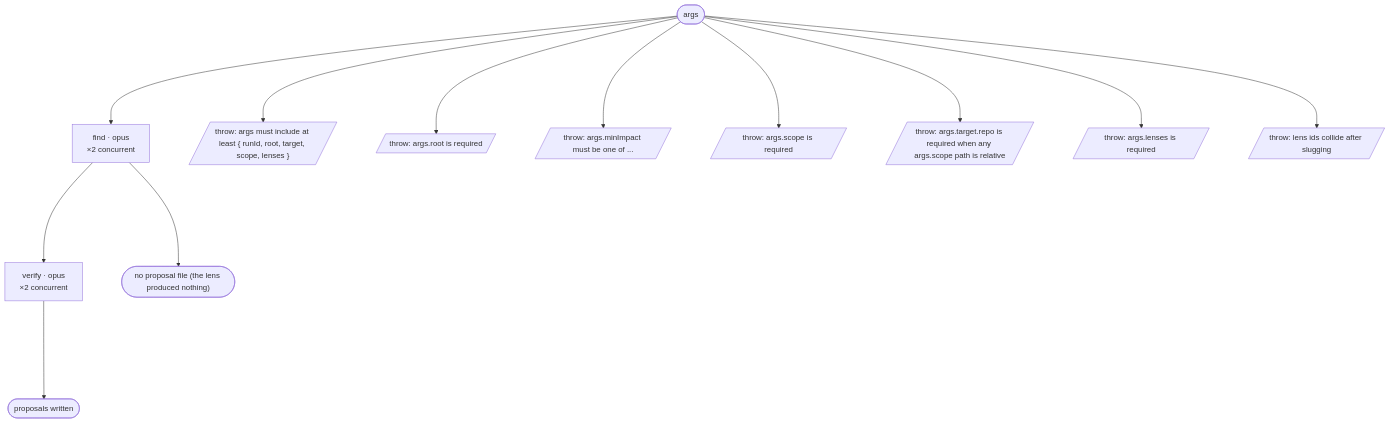
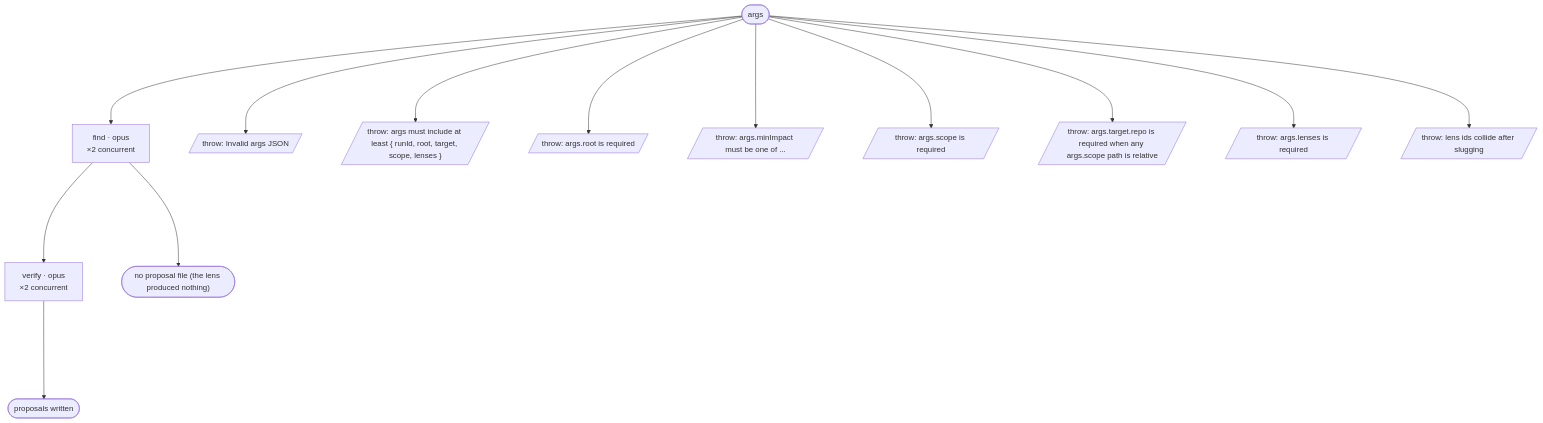
The diagram in workflows/enhance/FLOW.md (Blakeem/aipromptguide-workflows), drawn with Mermaid before and after one commit. The commit also changed other lines of this file and 34 other files, not shown here.

Commit message:
hardening sweeps: Invalid args JSON guard in all 9 engines + static sweep; prose-sniff tripwire with allowlisted parked-label sites; top-level attestation sweep (29 schemas incl function-built) + 3 resolve-cycle fields consumed; required-args deletion sweep; flow scenarios + maps regenerated

````diff
--- a/workflows/enhance/FLOW.md
+++ b/workflows/enhance/FLOW.md
@@ -8,27 +8,29 @@
 ```mermaid
 %%{init: {"flowchart": {"nodeSpacing": 80, "rankSpacing": 200}}}%%
 flowchart TD
   S0(["args"])
   a1["find · opus<br/>×2 concurrent"]
   a2["verify · opus<br/>×2 concurrent"]
   t1(["proposals written"])
   t2(["no proposal file (the lens produced nothing)"])
-  x1[/"throw: args must include at least { runId, root, target, scope, lenses }"/]
-  x2[/"throw: args.root is required"/]
-  x3[/"throw: args.minImpact must be one of ..."/]
-  x4[/"throw: args.scope is required"/]
-  x5[/"throw: args.target.repo is required when any args.scope path is relative"/]
-  x6[/"throw: args.lenses is required"/]
-  x7[/"throw: lens ids collide after slugging"/]
+  x1[/"throw: Invalid args JSON"/]
+  x2[/"throw: args must include at least { runId, root, target, scope, lenses }"/]
+  x3[/"throw: args.root is required"/]
+  x4[/"throw: args.minImpact must be one of ..."/]
+  x5[/"throw: args.scope is required"/]
+  x6[/"throw: args.target.repo is required when any args.scope path is relative"/]
+  x7[/"throw: args.lenses is required"/]
+  x8[/"throw: lens ids collide after slugging"/]
   S0 --> a1
   S0 --> x1
   S0 --> x2
   S0 --> x3
   S0 --> x4
   S0 --> x5
   S0 --> x6
   S0 --> x7
+  S0 --> x8
   a1 --> a2
   a1 --> t2
   a2 --> t1
 ```
````
